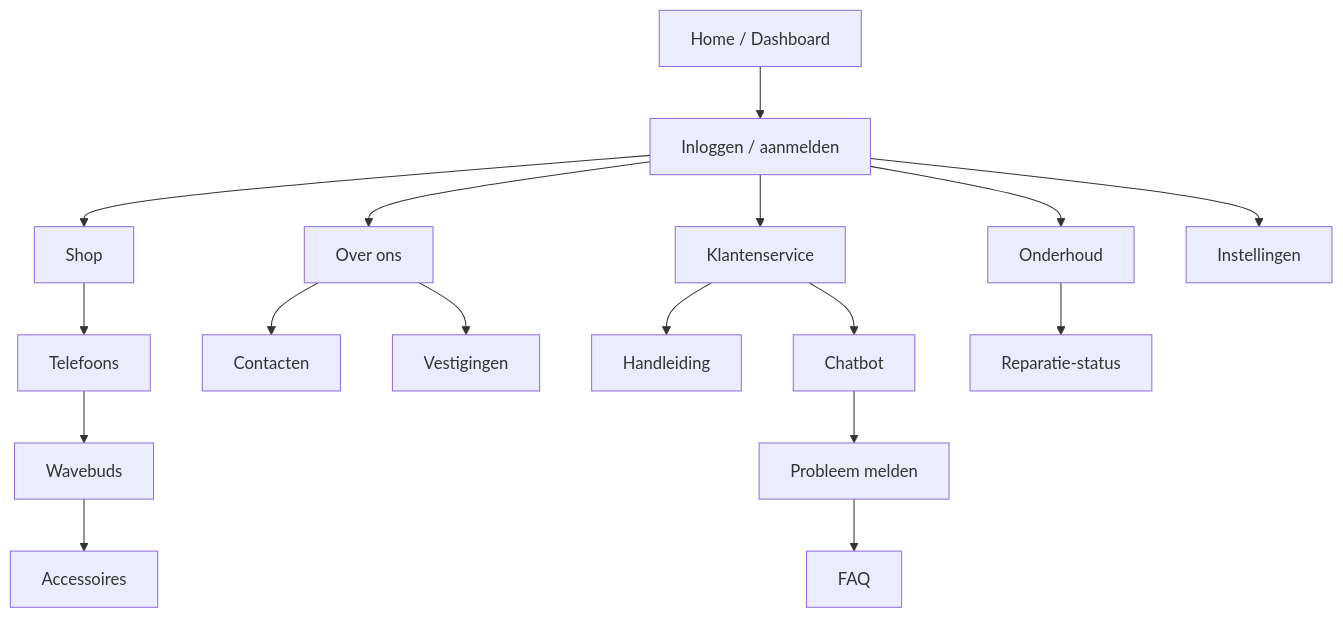
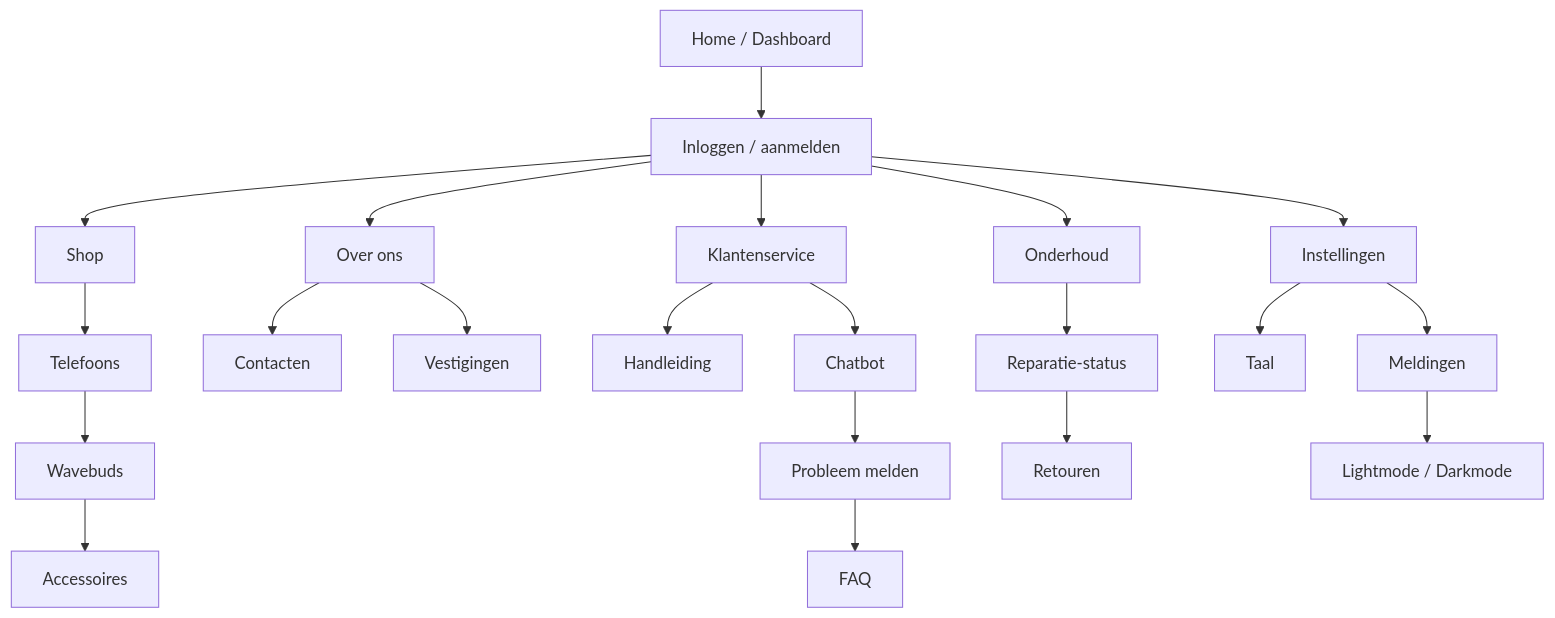
One commit to JasonTomeij/NetWave changed the fourth of 4 diagrams in Introductie.MD. Above: the diagram before and after it, drawn with Mermaid.

````diff
--- a/Introductie.MD
+++ b/Introductie.MD
@@ -583,32 +583,39 @@
 ```mermaid
 graph TD
     A[Home / Dashboard] --> A1[Inloggen / aanmelden]
 
     %% Verbindingen vanaf inloggen
     A1 --> B[Shop]
     A1 --> C[Over ons]
     A1 --> D[Klantenservice]
     A1 --> E[Onderhoud]
     A1 --> F[Instellingen]
 
     %% Shop sectie
     B --> B1[Telefoons]
     B1 --> B2[Wavebuds]
     B2 --> B3[Accessoires]
 
     %% Over ons sectie
     C --> C1[Contacten]
     C --> C2[Vestigingen]
 
     %% Klantenservice sectie
     D --> D1[Handleiding]
     D --> D2[Chatbot]
     D2 --> D3[Probleem melden]
     D3 --> D4[FAQ]
 
     %% Onderhoud sectie
     E --> E1[Reparatie-status]
+    E1 --> E2[Retouren]
+
+    %% Instellingen sectie
+    F --> F1[Taal]
+    F --> F2[Meldingen]
+    F2 --> F3[Lightmode / Darkmode]
+
 
 
 
 ```
````
